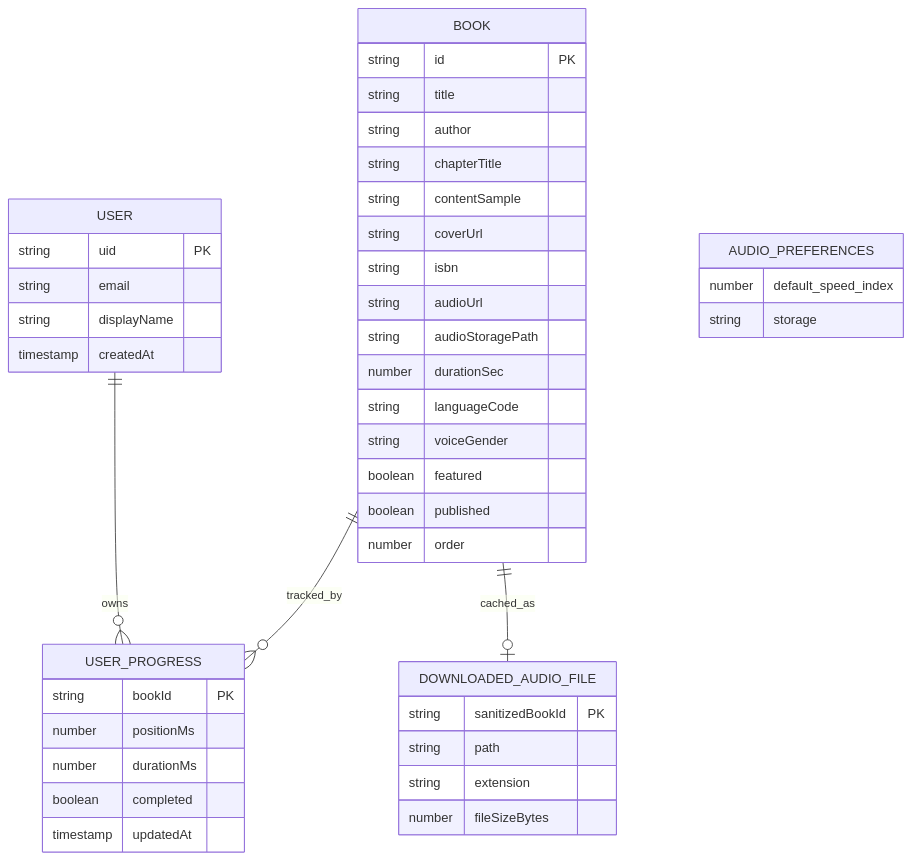
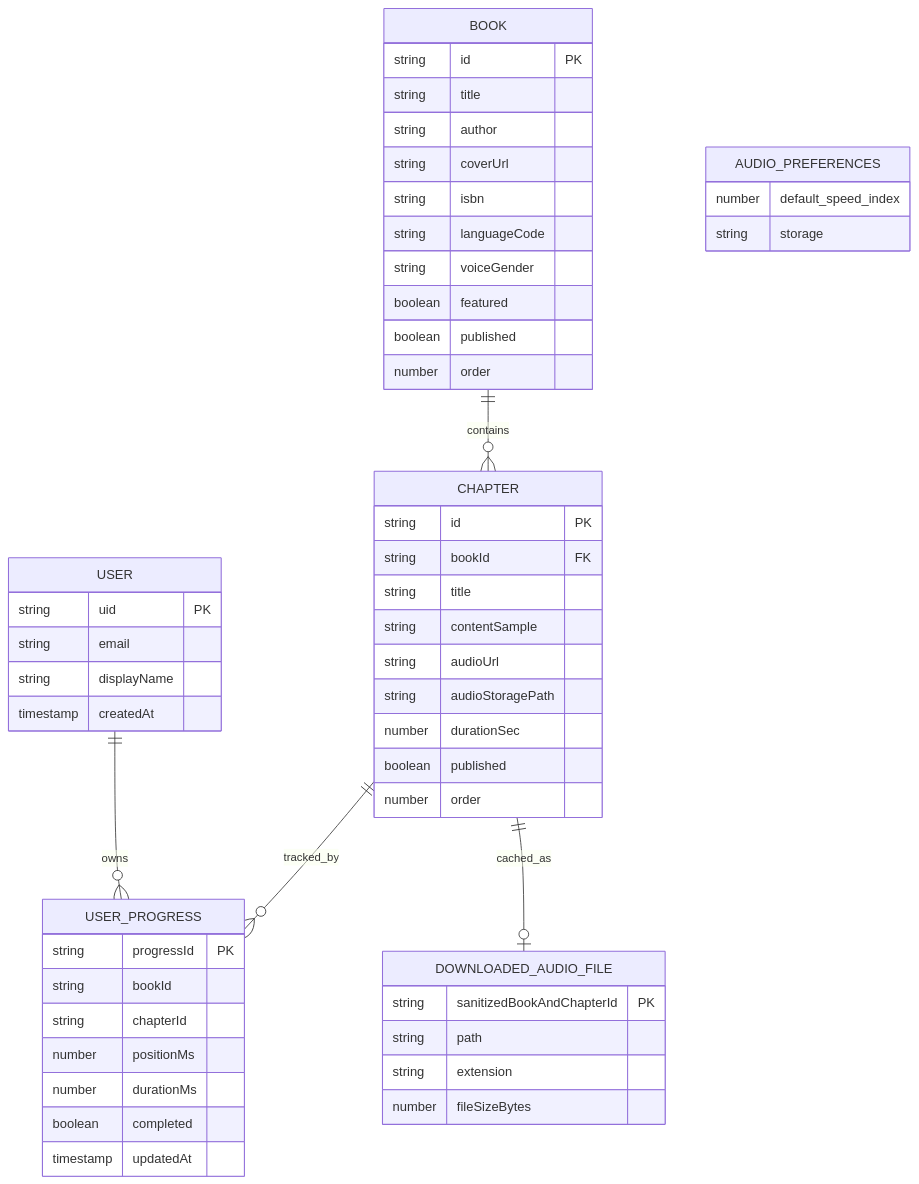
The eighth of 9 diagrams in README.md (LeeVuKhang/Fonos_Group13), drawn with Mermaid before and after one commit. The commit also changed other lines of this file, not shown here.

Commit message:
docs(readme): document chapter playlist flow

````diff
--- a/README.md
+++ b/README.md
@@ -872,51 +988,61 @@
 ```mermaid
 erDiagram
     USER ||--o{ USER_PROGRESS : owns
-    BOOK ||--o{ USER_PROGRESS : tracked_by
-    BOOK ||--o| DOWNLOADED_AUDIO_FILE : cached_as
+    BOOK ||--o{ CHAPTER : contains
+    CHAPTER ||--o{ USER_PROGRESS : tracked_by
+    CHAPTER ||--o| DOWNLOADED_AUDIO_FILE : cached_as
 
     USER {
         string uid PK
         string email
         string displayName
         timestamp createdAt
     }
 
     BOOK {
         string id PK
         string title
         string author
-        string chapterTitle
-        string contentSample
         string coverUrl
         string isbn
-        string audioUrl
-        string audioStoragePath
-        number durationSec
         string languageCode
         string voiceGender
         boolean featured
         boolean published
         number order
     }
 
+    CHAPTER {
+        string id PK
+        string bookId FK
+        string title
+        string contentSample
+        string audioUrl
+        string audioStoragePath
+        number durationSec
+        boolean published
+        number order
+    }
+
     USER_PROGRESS {
-        string bookId PK
+        string progressId PK
+        string bookId
+        string chapterId
         number positionMs
         number durationMs
         boolean completed
         timestamp updatedAt
     }
 
     AUDIO_PREFERENCES {
         number default_speed_index
         string storage
     }
 
     DOWNLOADED_AUDIO_FILE {
-        string sanitizedBookId PK
+        string sanitizedBookAndChapterId PK
         string path
         string extension
         number fileSizeBytes
     }
 ```
````
